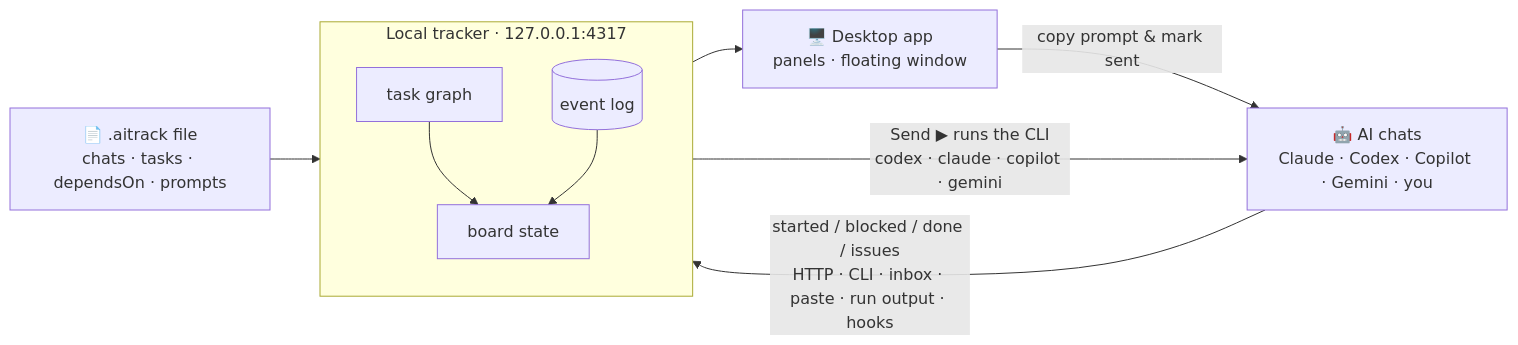
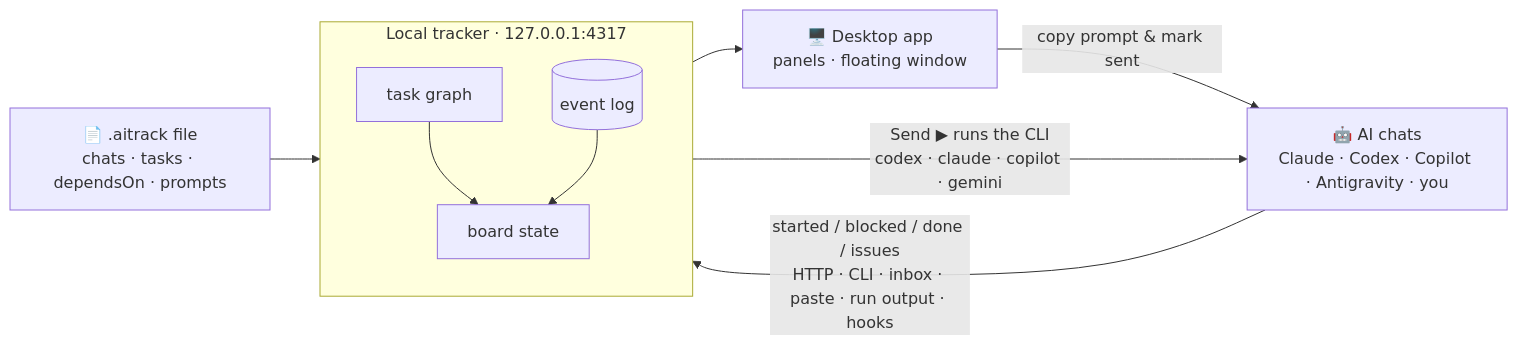
The second of 3 diagrams in README.md (mitradeniz/ai-tracking-system), drawn with Mermaid before and after one commit. The commit also changed other lines of this file and 20 other files, not shown here.

First line of the commit message:
feat(runners): Antigravity CLI instead of Gemini CLI, with the models of your plan

````diff
--- a/README.md
+++ b/README.md
@@ -427,13 +427,13 @@
 ```mermaid
 flowchart LR
     F["📄 .aitrack file<br/>chats · tasks · dependsOn · prompts"] --> T
     subgraph T["Local tracker · 127.0.0.1:4317"]
       direction TB
       G[task graph] --> B[board state]
       L[(event log)] --> B
     end
     T --> UI["🖥️ Desktop app<br/>panels · floating window"]
-    UI -- "copy prompt & mark sent" --> C["🤖 AI chats<br/>Claude · Codex · Copilot · Gemini · you"]
+    UI -- "copy prompt & mark sent" --> C["🤖 AI chats<br/>Claude · Codex · Copilot · Antigravity · you"]
     T -- "Send ▶ runs the CLI<br/>codex · claude · copilot · gemini" --> C
     C -- "started / blocked / done / issues<br/>HTTP · CLI · inbox · paste · run output · hooks" --> L
 ```
````
